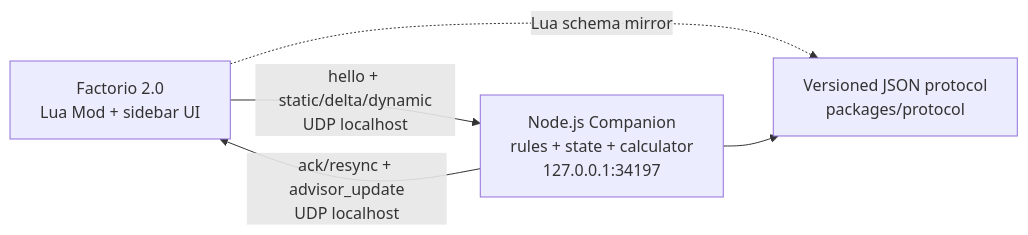
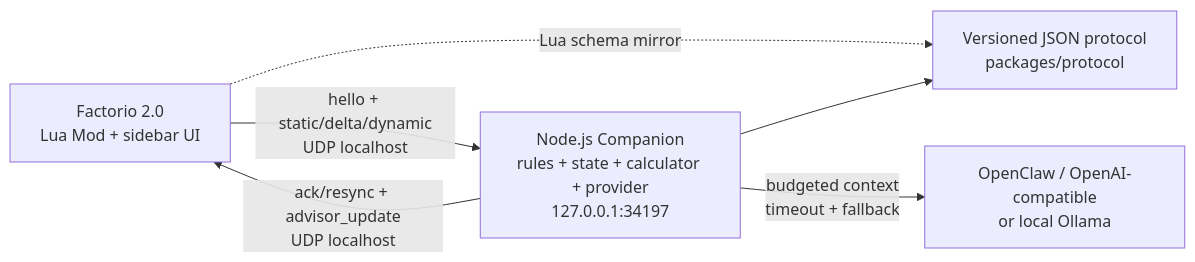
Before and after one commit to CharlesYWL/factorio-ai-assistant: the diagram in README.md, drawn with Mermaid. The commit also changed other lines of this file and 27 other files, not shown here.

Commit message:
MYW-93: add secure companion provider layer (#5)

````diff
--- a/README.md
+++ b/README.md
@@ -10,11 +10,13 @@
 ```mermaid
 flowchart LR
     M["Factorio 2.0<br/>Lua Mod + sidebar UI"]
-    C["Node.js Companion<br/>rules + state + calculator<br/>127.0.0.1:34197"]
+    C["Node.js Companion<br/>rules + state + calculator + provider<br/>127.0.0.1:34197"]
     P["Versioned JSON protocol<br/>packages/protocol"]
+    A["OpenClaw / OpenAI-compatible<br/>or local Ollama"]
 
     M -- "hello + static/delta/dynamic<br/>UDP localhost" --> C
     C -- "ack/resync + advisor_update<br/>UDP localhost" --> M
     M -. "Lua schema mirror" .-> P
     C --> P
+    C -- "budgeted context<br/>timeout + fallback" --> A
 ```
````
